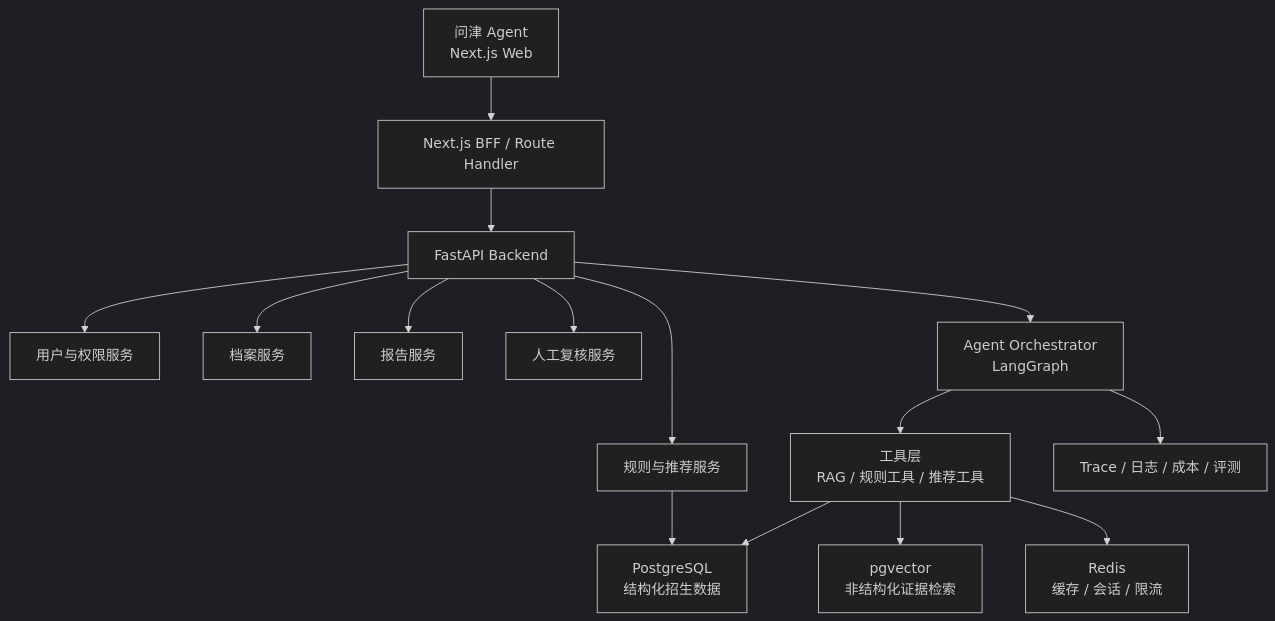
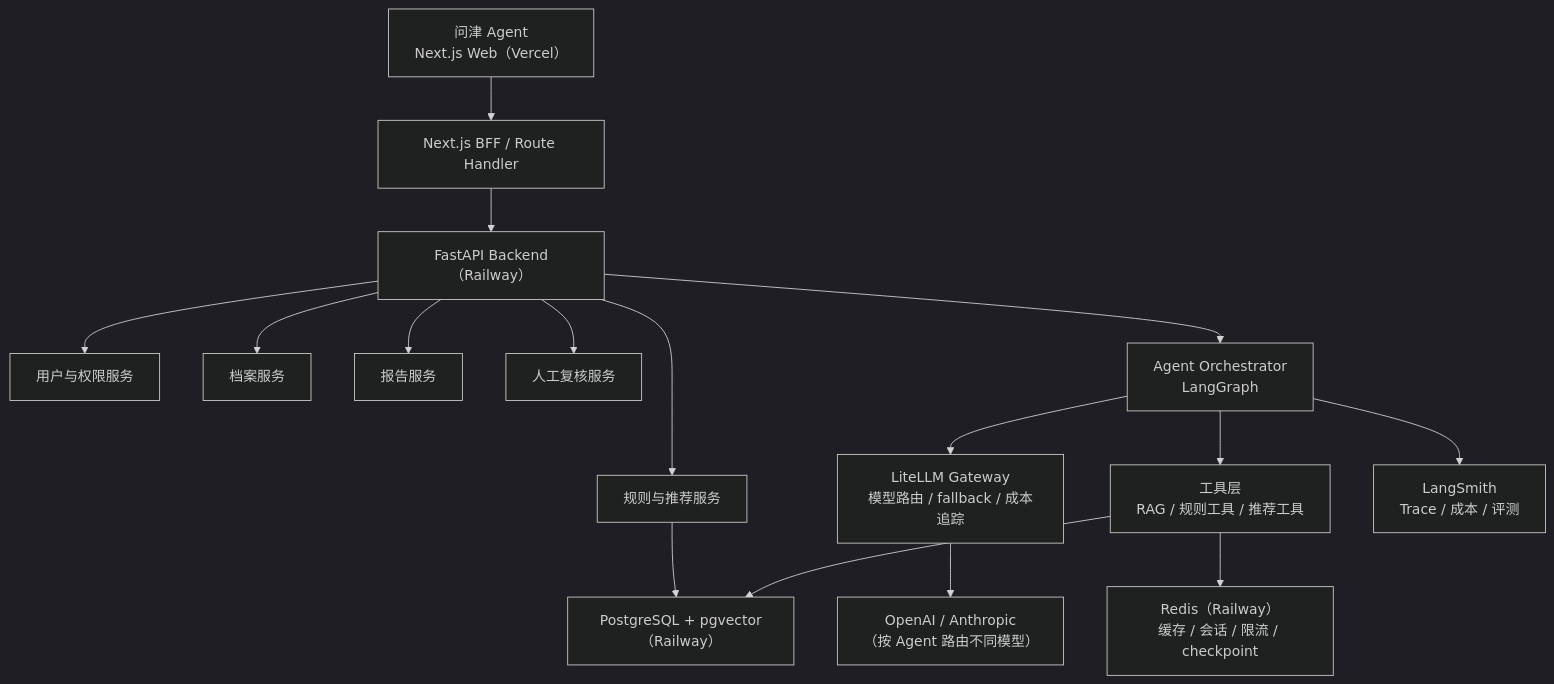
Before and after one commit to debugzhao/jin-guide: the third of 3 diagrams in README.md, drawn with Mermaid (dark theme). The commit also changed other lines of this file and 2 other files, not shown here.

````diff
--- a/README.md
+++ b/README.md
@@ -230,17 +230,18 @@
 ```mermaid
 flowchart TD
-  FE["问津 Agent<br/>Next.js Web"] --> BFF["Next.js BFF / Route Handler"]
-  BFF --> API["FastAPI Backend"]
+  FE["问津 Agent<br/>Next.js Web（Vercel）"] --> BFF["Next.js BFF / Route Handler"]
+  BFF --> API["FastAPI Backend（Railway）"]
   API --> AUTH["用户与权限服务"]
   API --> PROFILE["档案服务"]
   API --> REPORT["报告服务"]
   API --> REVIEW["人工复核服务"]
   API --> RULE["规则与推荐服务"]
   API --> AGENT["Agent Orchestrator<br/>LangGraph"]
-  RULE --> SQL["PostgreSQL<br/>结构化招生数据"]
+  RULE --> SQL["PostgreSQL + pgvector（Railway）"]
+  AGENT --> GW["LiteLLM Gateway<br/>模型路由 / fallback / 成本追踪"]
+  GW --> LLM["OpenAI / Anthropic<br/>（按 Agent 路由不同模型）"]
   AGENT --> TOOLS["工具层<br/>RAG / 规则工具 / 推荐工具"]
   TOOLS --> SQL
-  TOOLS --> VDB["pgvector<br/>非结构化证据检索"]
-  TOOLS --> CACHE["Redis<br/>缓存 / 会话 / 限流"]
-  AGENT --> OBS["Trace / 日志 / 成本 / 评测"]
+  TOOLS --> CACHE["Redis（Railway）<br/>缓存 / 会话 / 限流 / checkpoint"]
+  AGENT --> OBS["LangSmith<br/>Trace / 成本 / 评测"]
 ```
````
